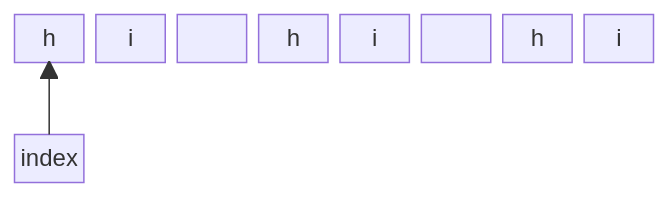
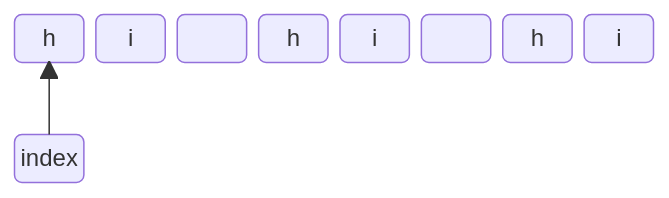
Before and after one commit to wdyjwdy/blog-mono: the first of 4 diagrams in apps/blog/pages/docs/js/string.mdx, drawn with Mermaid. The commit also changed other lines of this file and 21 other files, not shown here.

````diff
--- a/apps/blog/pages/docs/js/string.mdx
+++ b/apps/blog/pages/docs/js/string.mdx
@@ -35,12 +35,11 @@
 ```mermaid
 block-beta
   columns 8
-  a["h"] b["i"] c[" "] d["h"] e["i"] f[" "] g["h"] h["i"]
+  a("h") b("i") c(" ") d("h") e("i") f(" ") g("h") h("i")
   space:8
-  A["index"]
+  A("index")
 A --> a
 
 class a,b Red
-class c,d,e,f,g,h White
 class A Text
 ```
````
